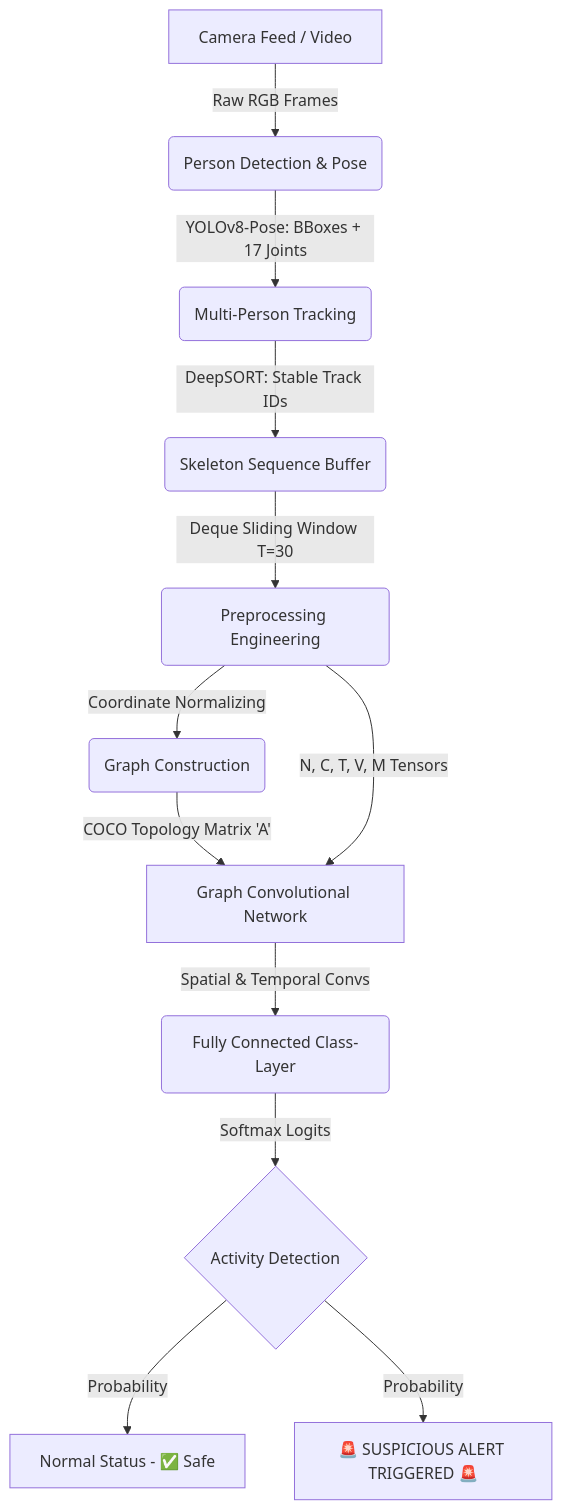
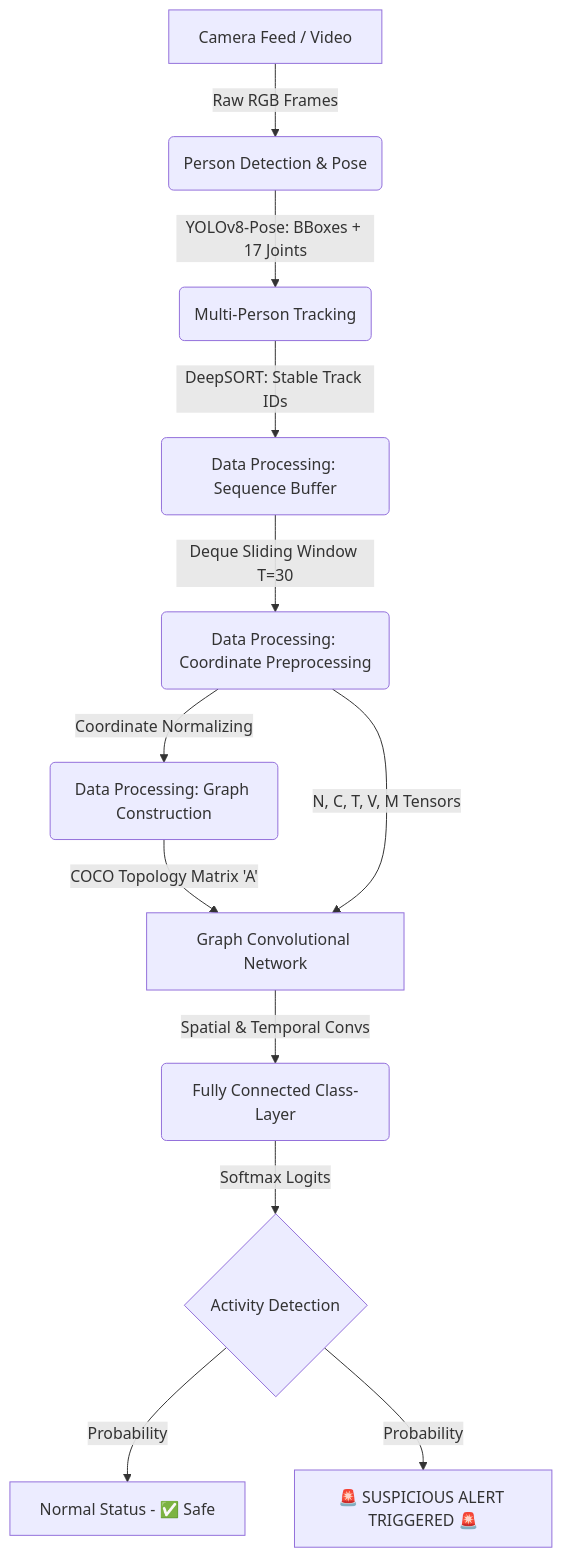
The first of 2 diagrams in README.md (Sagar201003/YOLO-GCN-Surveillance), drawn with Mermaid before and after one commit. The commit also changed other lines of this file and 7 other files, not shown here.

Commit message:
feat: consolidate data processing, integrate Kaggle training notebook

````diff
--- a/README.md
+++ b/README.md
@@ -27,14 +27,14 @@
 ```mermaid
 graph TD
     A[Camera Feed / Video] -->|Raw RGB Frames| B(Person Detection & Pose)
     B -->|YOLOv8-Pose: BBoxes + 17 Joints| C(Multi-Person Tracking)
-    C -->|DeepSORT: Stable Track IDs| D(Skeleton Sequence Buffer)
-    D -->|Deque Sliding Window T=30| E(Preprocessing Engineering)
-    E -->|Coordinate Normalizing| F(Graph Construction)
+    C -->|DeepSORT: Stable Track IDs| D(Data Processing: Sequence Buffer)
+    D -->|Deque Sliding Window T=30| E(Data Processing: Coordinate Preprocessing)
+    E -->|Coordinate Normalizing| F(Data Processing: Graph Construction)
     F -->|COCO Topology Matrix 'A'| G[Graph Convolutional Network]
     E -->|N, C, T, V, M Tensors| G
     G -->|Spatial & Temporal Convs| H(Fully Connected Class-Layer)
     H -->|Softmax Logits| I{Activity Detection}
     I -->|Probability| J[Normal Status - ✅ Safe]
     I -->|Probability| K[🚨 SUSPICIOUS ALERT TRIGGERED 🚨]
 ```
````
